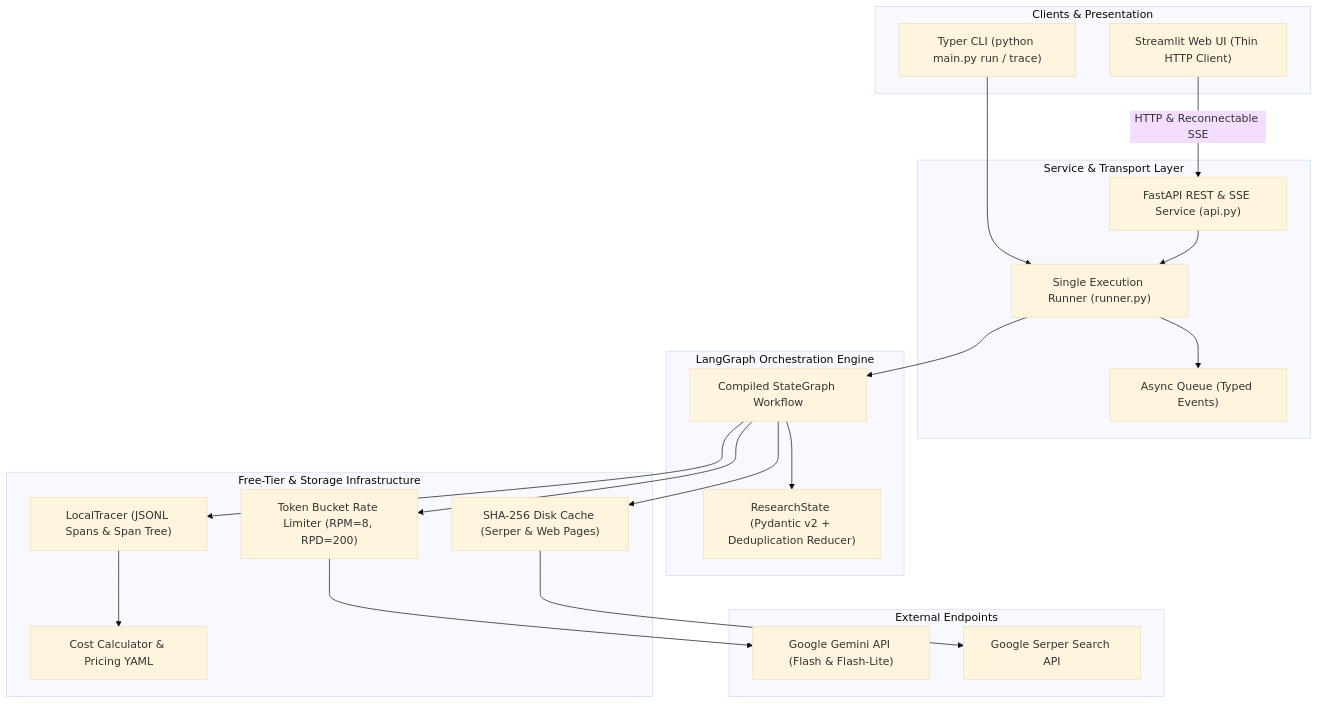
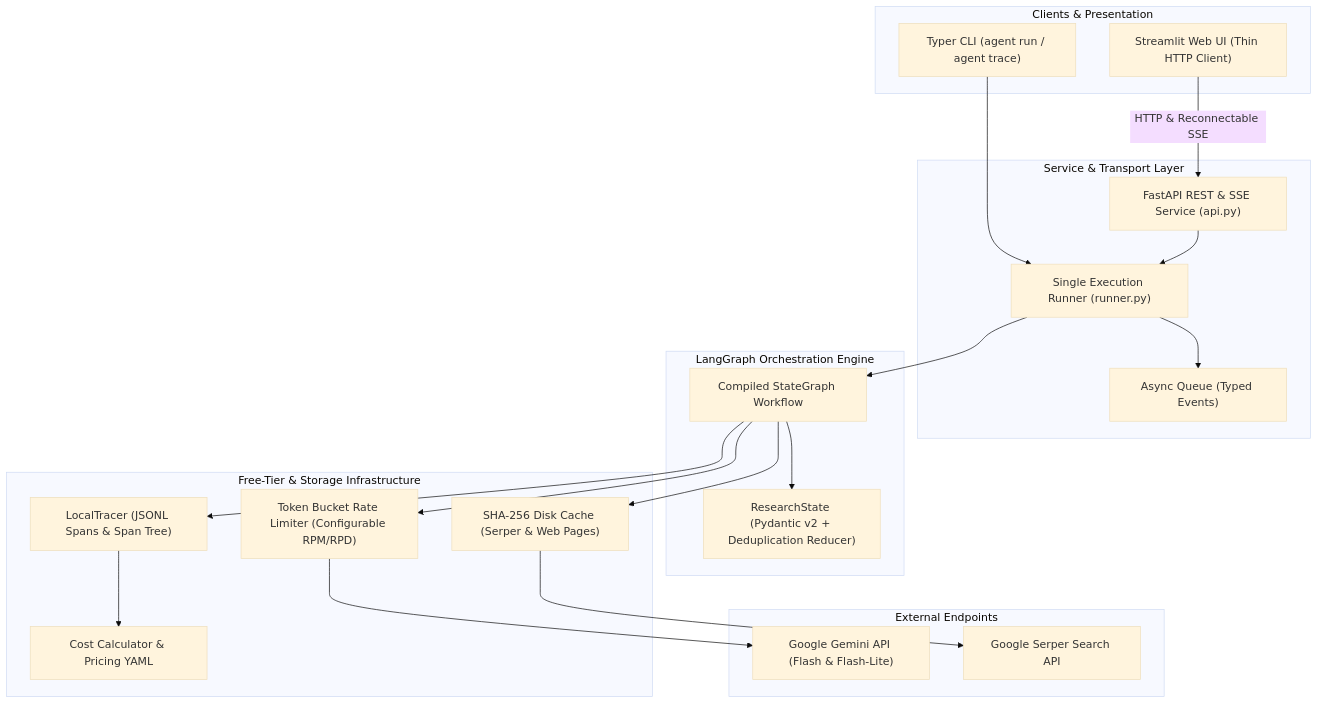
One commit to r3kt003-web/rabbit-hole changed the first of 2 diagrams in README.md. Above: the diagram before and after it, drawn with Mermaid (base theme). The commit also changed other lines of this file and 5 other files, not shown here.

````diff
--- a/README.md
+++ b/README.md
@@ -25,43 +25,43 @@
 ```mermaid
 flowchart TD
     subgraph Clients["Clients & Presentation"]
-        CLI["Typer CLI (python main.py run / trace)"]
+        CLI["Typer CLI (agent run / agent trace)"]
         UI["Streamlit Web UI (Thin HTTP Client)"]
     end
 
     subgraph ServiceLayer["Service & Transport Layer"]
         API["FastAPI REST & SSE Service (api.py)"]
         Runner["Single Execution Runner (runner.py)"]
         EventQueue["Async Queue (Typed Events)"]
     end
 
     subgraph CoreEngine["LangGraph Orchestration Engine"]
         State["ResearchState (Pydantic v2 + Deduplication Reducer)"]
         Graph["Compiled StateGraph Workflow"]
     end
 
     subgraph Infra["Free-Tier & Storage Infrastructure"]
-        RateLimiter["Token Bucket Rate Limiter (RPM=8, RPD=200)"]
+        RateLimiter["Token Bucket Rate Limiter (Configurable RPM/RPD)"]
         DiskCache["SHA-256 Disk Cache (Serper & Web Pages)"]
         Tracer["LocalTracer (JSONL Spans & Span Tree)"]
         Metrics["Cost Calculator & Pricing YAML"]
     end
 
     subgraph ExternalServices["External Endpoints"]
         Gemini["Google Gemini API (Flash & Flash-Lite)"]
         Serper["Google Serper Search API"]
     end
 
     CLI --> Runner
     UI -->|HTTP & Reconnectable SSE| API
     API --> Runner
     Runner --> EventQueue
     Runner --> Graph
     Graph --> State
     Graph --> RateLimiter
     Graph --> DiskCache
     RateLimiter --> Gemini
     DiskCache --> Serper
     Graph --> Tracer
     Tracer --> Metrics
 ```
````
